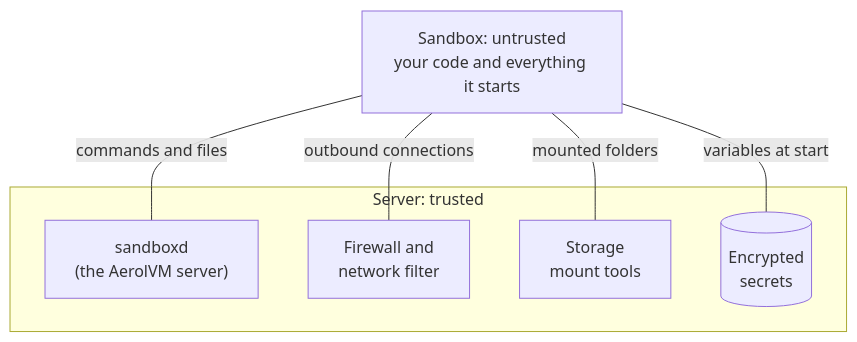
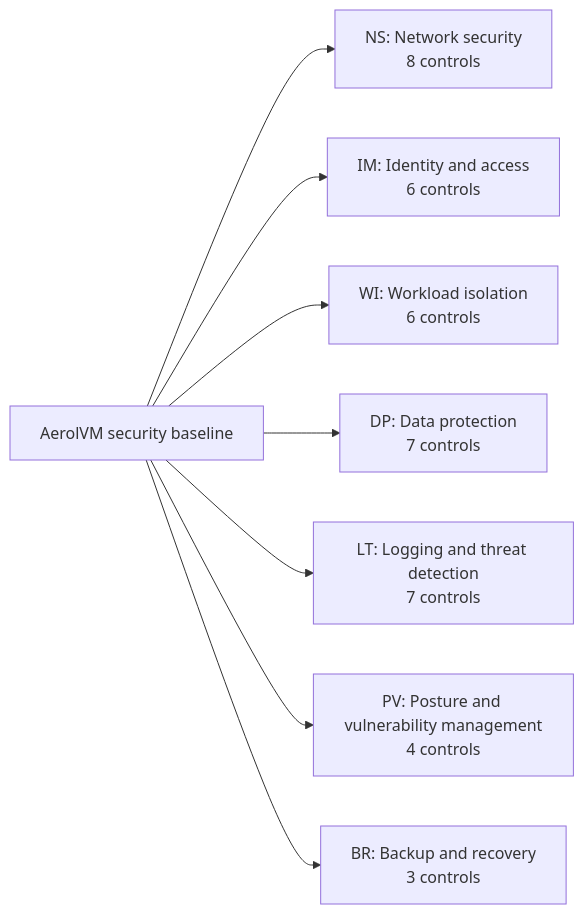
Before and after one commit to aerol-ai/microvm: the first of 4 diagrams in docs/src/content/docs/enterprise/security-controls.mdx, drawn with Mermaid. The commit also changed other lines of this file and 28 other files, not shown here.

First line of the commit message:
docs: enhance enterprise documentation and introduce diagram zoom feature

````diff
--- a/docs/src/content/docs/enterprise/security-controls.mdx
+++ b/docs/src/content/docs/enterprise/security-controls.mdx
@@ -14,14 +20,10 @@
 ```mermaid
-flowchart TB
-    Box["Sandbox: untrusted<br/>your code and everything it starts"]
-    subgraph Host["Server: trusted"]
-        Daemon["sandboxd<br/>(the AerolVM server)"]
-        Net["Firewall and<br/>network filter"]
-        Mounts["Storage<br/>mount tools"]
-        Vault[("Encrypted<br/>secrets")]
-    end
-    Box ---|"commands and files"| Daemon
-    Box ---|"outbound connections"| Net
-    Box ---|"mounted folders"| Mounts
-    Box ---|"variables at start"| Vault
+flowchart LR
+    B["AerolVM security baseline"] --> NS["NS: Network security<br/>8 controls"]
+    B --> IM["IM: Identity and access<br/>6 controls"]
+    B --> WI["WI: Workload isolation<br/>6 controls"]
+    B --> DP["DP: Data protection<br/>7 controls"]
+    B --> LT["LT: Logging and threat detection<br/>7 controls"]
+    B --> PV["PV: Posture and vulnerability management<br/>4 controls"]
+    B --> BR["BR: Backup and recovery<br/>3 controls"]
 ```
````
